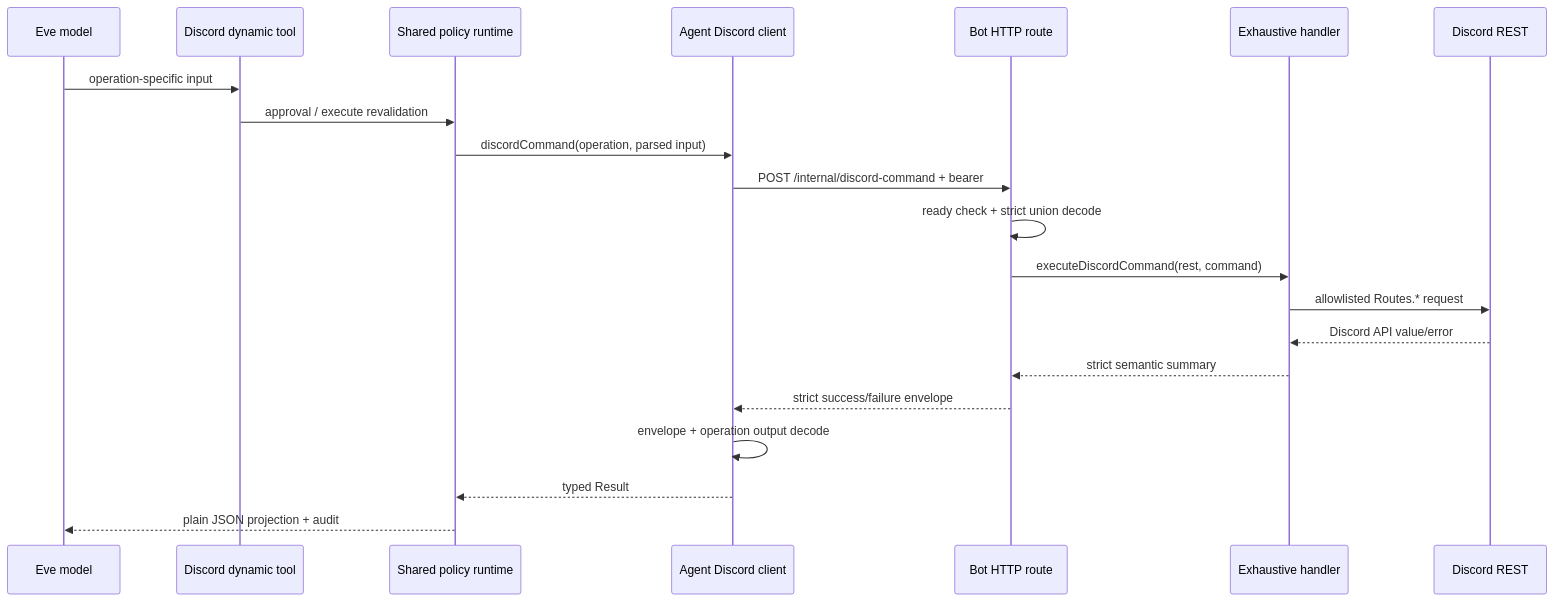
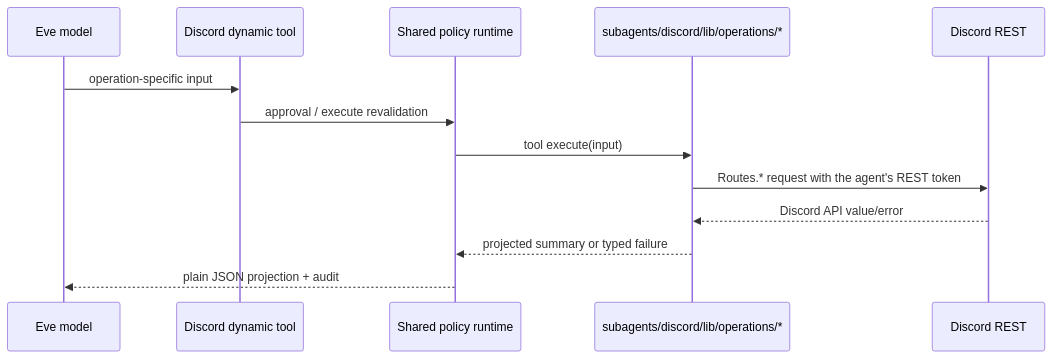
One commit to purduehackers/wack-hacker changed the diagram in docs/system/discord-and-bot.md. Above: the diagram before and after it, drawn with Mermaid. The commit also changed other lines of this file and 13 other files, not shown here.

````diff
--- a/docs/system/discord-and-bot.md
+++ b/docs/system/discord-and-bot.md
@@ -85,24 +91,16 @@
 ```mermaid
 sequenceDiagram
   participant M as Eve model
   participant T as Discord dynamic tool
   participant P as Shared policy runtime
-  participant C as Agent Discord client
-  participant B as Bot HTTP route
-  participant H as Exhaustive handler
+  participant O as subagents/discord/lib/operations/*
   participant R as Discord REST
 
   M->>T: operation-specific input
   T->>P: approval / execute revalidation
-  P->>C: discordCommand(operation, parsed input)
-  C->>B: POST /internal/discord-command + bearer
-  B->>B: ready check + strict union decode
-  B->>H: executeDiscordCommand(rest, command)
-  H->>R: allowlisted Routes.* request
-  R-->>H: Discord API value/error
-  H-->>B: strict semantic summary
-  B-->>C: strict success/failure envelope
-  C->>C: envelope + operation output decode
-  C-->>P: typed Result
+  P->>O: tool execute(input)
+  O->>R: Routes.* request with the agent's REST token
+  R-->>O: Discord API value/error
+  O-->>P: projected summary or typed failure
   P-->>M: plain JSON projection + audit
 ```
````
